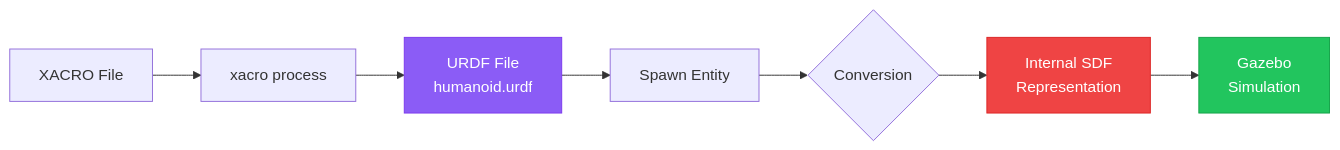
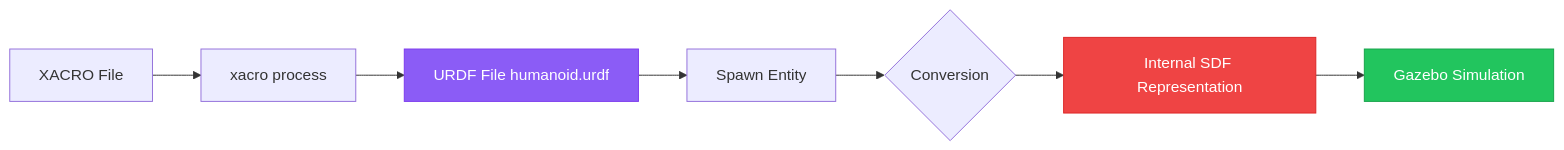
One commit to shakir-hussain1/physical-AI-and-humanoid-robotics-textbook-by-shakir-hussain changed the second of 5 diagrams in docs/modules/module-2-digital-twin/chapter-06-gazebo.md. Above: the diagram before and after it, drawn with Mermaid. The commit also changed other lines of this file and 17 other files, not shown here.

Commit message:
fix: Remove br tags from Mermaid diagrams causing parse errors

````diff
--- a/docs/modules/module-2-digital-twin/chapter-06-gazebo.md
+++ b/docs/modules/module-2-digital-twin/chapter-06-gazebo.md
@@ -105,14 +105,14 @@
 ```mermaid
 flowchart LR
-    URDF[URDF File<br/>humanoid.urdf] --> SPAWN[Spawn Entity]
+    URDF[URDF File humanoid.urdf] --> SPAWN[Spawn Entity]
     SPAWN --> CONVERT{Conversion}
-    CONVERT --> SDF[Internal SDF<br/>Representation]
-    SDF --> GAZEBO[Gazebo<br/>Simulation]
+    CONVERT --> SDF[Internal SDF Representation]
+    SDF --> GAZEBO[Gazebo Simulation]
 
     XACRO[XACRO File] --> PROCESS[xacro process]
     PROCESS --> URDF
 
     style URDF fill:#8b5cf6,stroke:#7c3aed,color:#fff
     style SDF fill:#ef4444,stroke:#dc2626,color:#fff
     style GAZEBO fill:#22c55e,stroke:#16a34a,color:#fff
 ```
````
